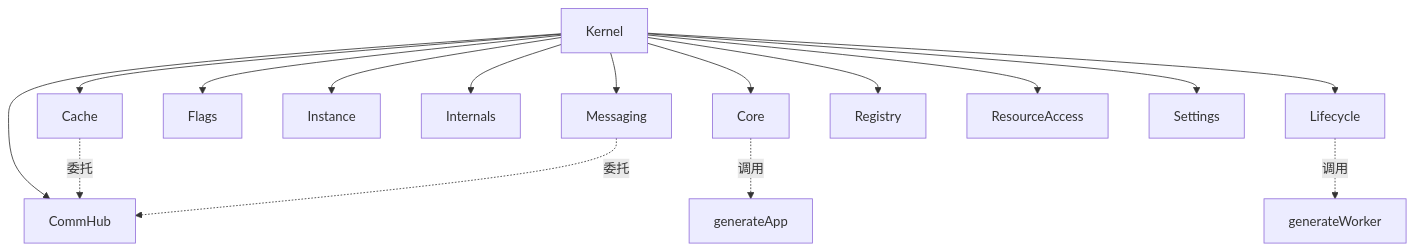
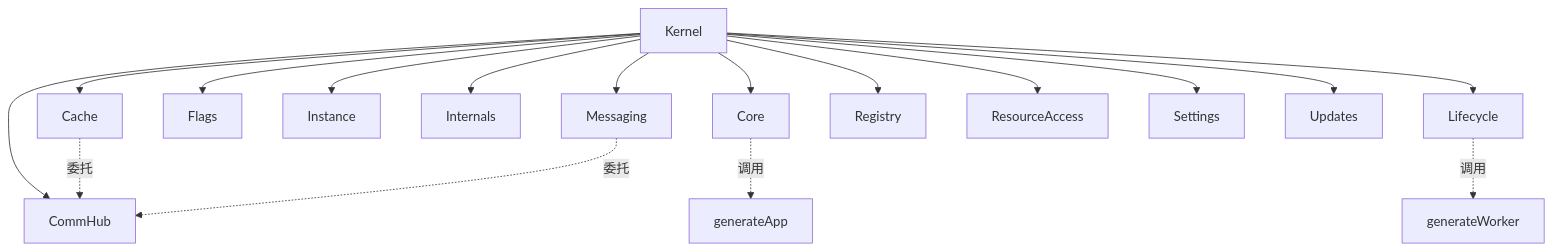
The fifth of 14 diagrams in docs/module/04-process-kernel.md (suluwanqing/sukinOS), drawn with Mermaid before and after one commit. The commit also changed other lines of this file and 104 other files, not shown here.

````diff
--- a/docs/module/04-process-kernel.md
+++ b/docs/module/04-process-kernel.md
@@ -335,19 +342,20 @@
 ```mermaid
 graph TB
     D[Kernel] --> E[Cache]
     D --> F[Core]
     D --> G[Flags]
     D --> H[Instance]
     D --> I[Internals]
     D --> J[Lifecycle]
     D --> K[Messaging]
     D --> L[Registry]
     D --> M[ResourceAccess]
     D --> N[Settings]
+    D --> P[Updates]
     D --> O[CommHub]
 
     E -.->|委托| O
     K -.->|委托| O
     F -.->|调用| S[generateApp]
     J -.->|调用| R[generateWorker]
 ```
````
